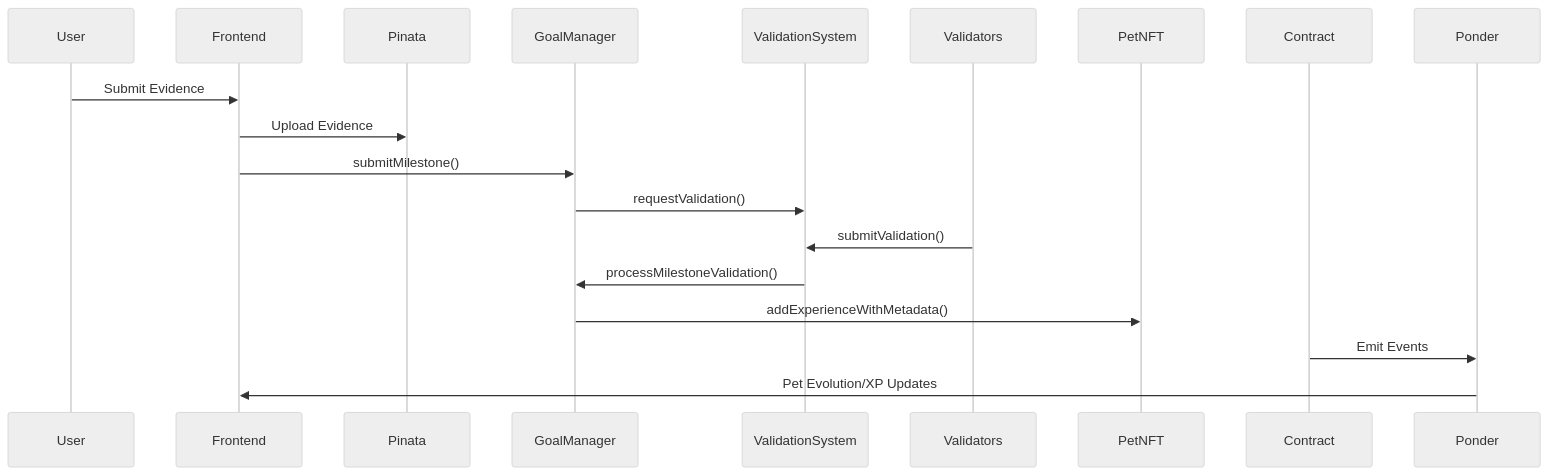
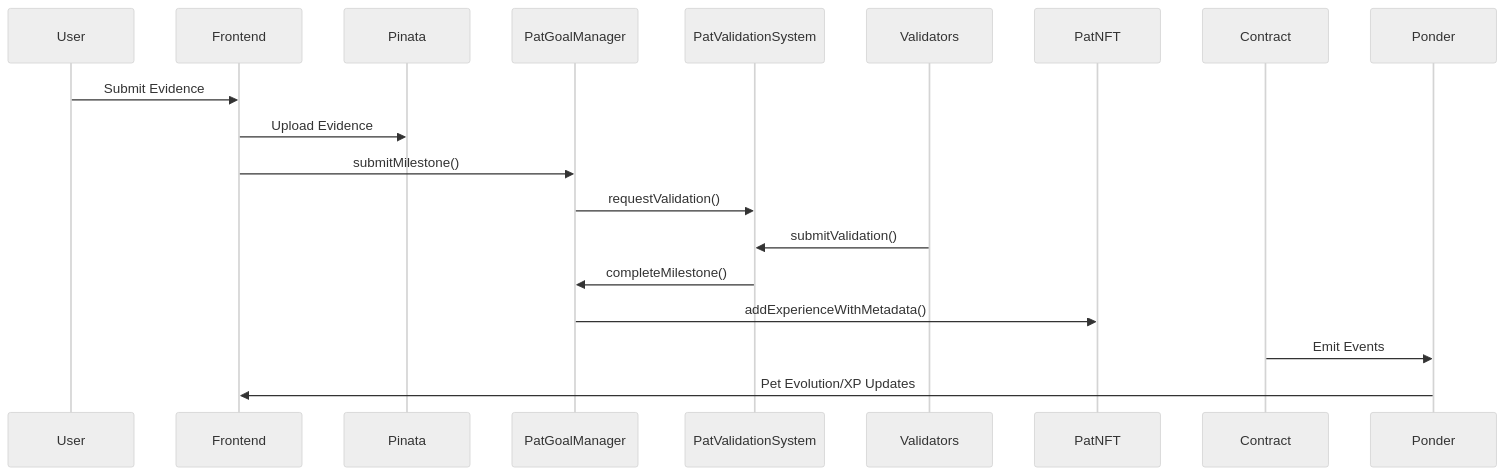
One commit to patpet-project/patpet-contracts changed the second of 3 diagrams in README.md. Above: the diagram before and after it, drawn with Mermaid (neutral theme). The commit also changed other lines of this file and 7 other files, not shown here.

````diff
--- a/README.md
+++ b/README.md
@@ -50,12 +50,12 @@
 ```mermaid
 sequenceDiagram
     User->>Frontend: Submit Evidence
     Frontend->>Pinata: Upload Evidence
-    Frontend->>GoalManager: submitMilestone()
-    GoalManager->>ValidationSystem: requestValidation()
-    Validators->>ValidationSystem: submitValidation()
-    ValidationSystem->>GoalManager: processMilestoneValidation()
-    GoalManager->>PetNFT: addExperienceWithMetadata()
+    Frontend->>PatGoalManager: submitMilestone()
+    PatGoalManager->>PatValidationSystem: requestValidation()
+    Validators->>PatValidationSystem: submitValidation()
+    PatValidationSystem->>PatGoalManager: completeMilestone()
+    PatGoalManager->>PatNFT: addExperienceWithMetadata()
     Contract->>Ponder: Emit Events
     Ponder->>Frontend: Pet Evolution/XP Updates
 ```
````
